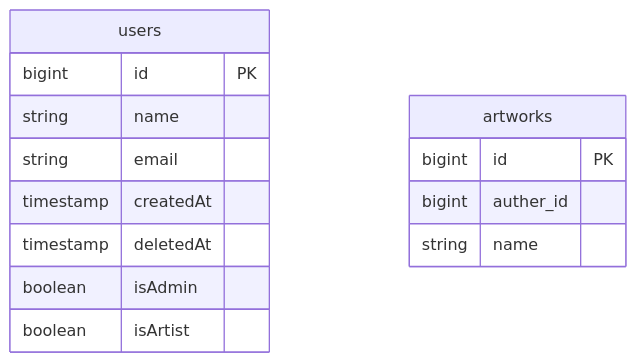
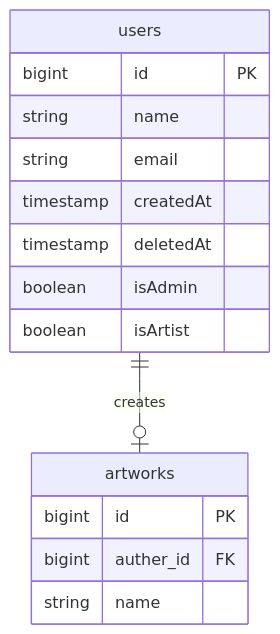
The diagram in docs/er.md (Fush1m1/resume-app), drawn with Mermaid before and after one commit.

Commit message:
add: docs

````diff
--- a/docs/er.md
+++ b/docs/er.md
@@ -1,18 +1,20 @@
 ```mermaid
 erDiagram
   users {
     bigint id PK
     string name
     string email
     timestamp createdAt
     timestamp deletedAt
     boolean isAdmin
     boolean isArtist
   }
 
   artworks {
     bigint id PK
-    bigint auther_id 
+    bigint auther_id FK
     string name
   }
+
+  users ||--o| artworks: "creates"
 ```
````
